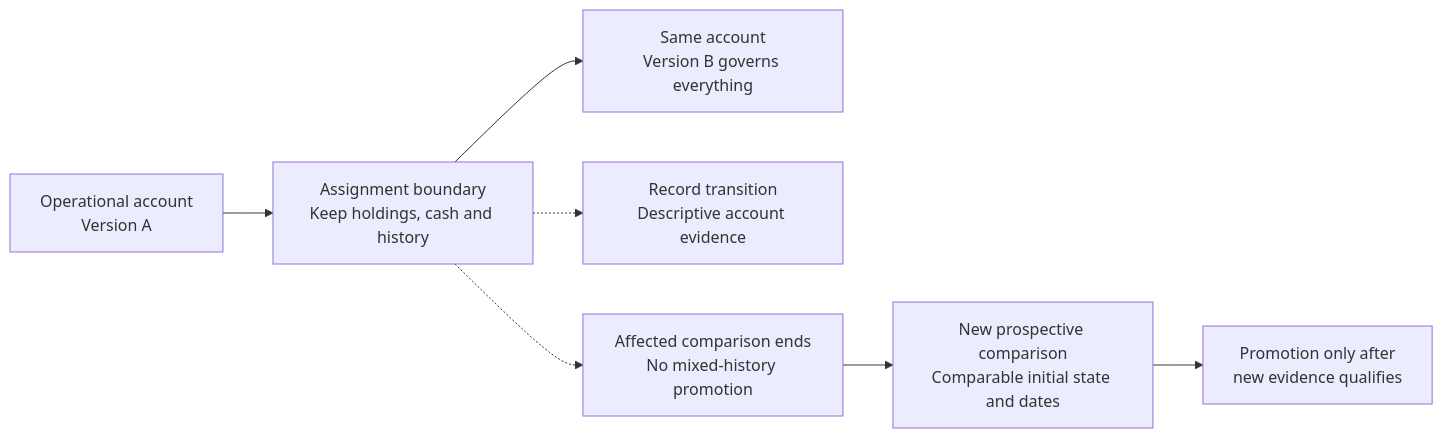
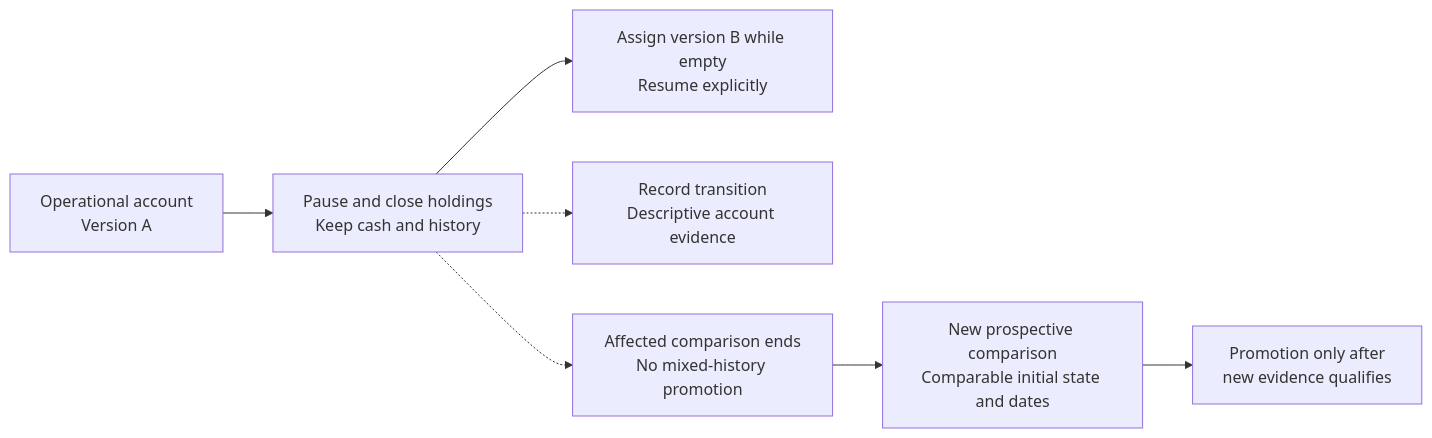
Before and after one commit to JosephMawer/TraderVI: the fourth of 4 diagrams in Docs/concepts/settings-system-map.md, drawn with Mermaid. The commit also changed other lines of this file and 67 other files, not shown here.

````diff
--- a/Docs/concepts/settings-system-map.md
+++ b/Docs/concepts/settings-system-map.md
@@ -101,9 +116,9 @@
 ```mermaid
 flowchart LR
-    A["Operational account<br/>Version A"] --> B["Assignment boundary<br/>Keep holdings, cash and history"]
-    B --> C["Same account<br/>Version B governs everything"]
+    A["Operational account<br/>Version A"] --> B["Pause and close holdings<br/>Keep cash and history"]
+    B --> C["Assign version B while empty<br/>Resume explicitly"]
     B -.-> H["Record transition<br/>Descriptive account evidence"]
     B -.-> X["Affected comparison ends<br/>No mixed-history promotion"]
     X --> N["New prospective comparison<br/>Comparable initial state and dates"]
     N --> P["Promotion only after<br/>new evidence qualifies"]
 ```
````
